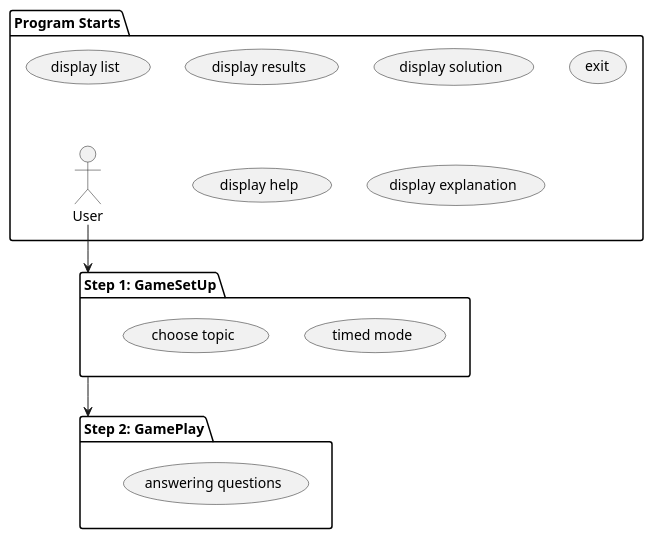
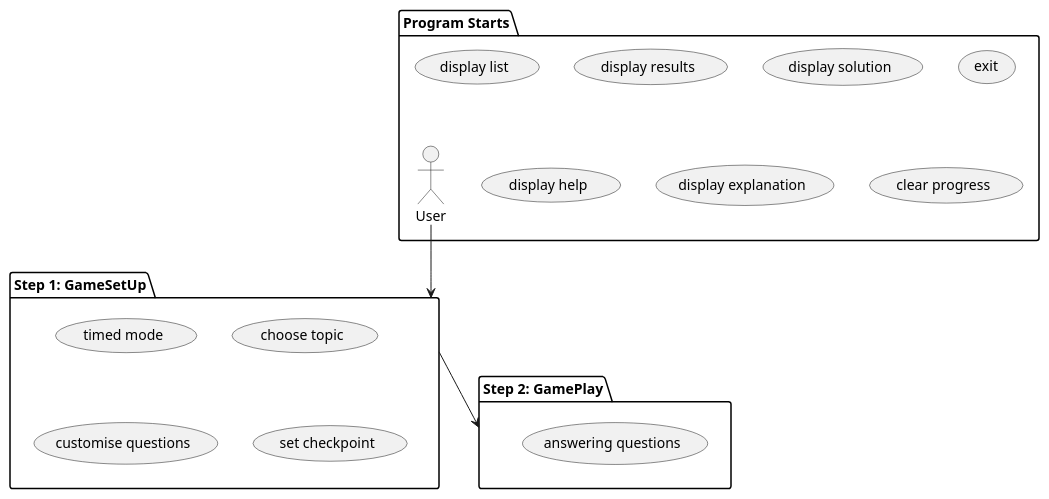
One commit to yuhengr/tp changed the diagram in docs/diagrams/GameFlow.puml. Above: the diagram before and after it, drawn with PlantUML.

Commit message:
Update GameFlow diagram

```diff
--- a/docs/diagrams/GameFlow.puml
+++ b/docs/diagrams/GameFlow.puml
@@ -1,27 +1,30 @@
 @startuml
 
 left to right direction
 top to bottom direction
 
 package "Program Starts" as AnyUserCommands {
     actor User
     (display results)
     (display solution)
     (exit)
     (display help)
     (display list) -[hidden]- User
     (display explanation)
+    (clear progress)
 }
 
 package "Step 1: GameSetUp" as SetUp {
     (timed mode)
     (choose topic)
+    (customise questions)
+    (set checkpoint)
 }
 package "Step 2: GamePlay" as GamePlay {
     (answering questions)
 }
 
 User --> SetUp
 SetUp --> GamePlay
 
 @enduml
```
